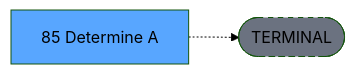
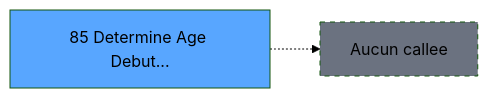
Before and after one commit to thonyAGP/lecteur-magic: the third of 3 diagrams in .openspec/specs/ADH-IDE-85.md, drawn with Mermaid (forest theme). The commit also changed other lines of this file and 96 other files, not shown here.

````diff
--- a/.openspec/specs/ADH-IDE-85.md
+++ b/.openspec/specs/ADH-IDE-85.md
@@ -134,8 +215,8 @@
 ```mermaid
 graph LR
-    T[85     Determine A]
-    TERM([TERMINAL])
-    T -.-> TERM
-    style TERM fill:#6b7280,stroke-dasharray: 5 5
-    style T fill:#58a6ff,color:#000
+    T85[85 Determine Age Debut...]
+    style T85 fill:#58a6ff
+    NONE[Aucun callee]
+    T85 -.-> NONE
+    style NONE fill:#6b7280,stroke-dasharray: 5 5
 ```
````
